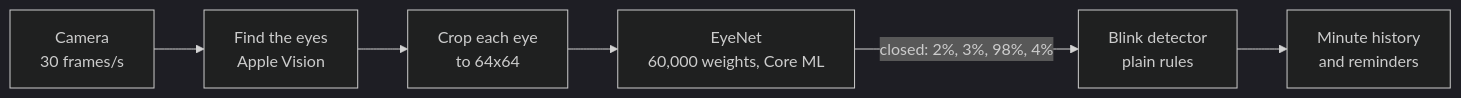
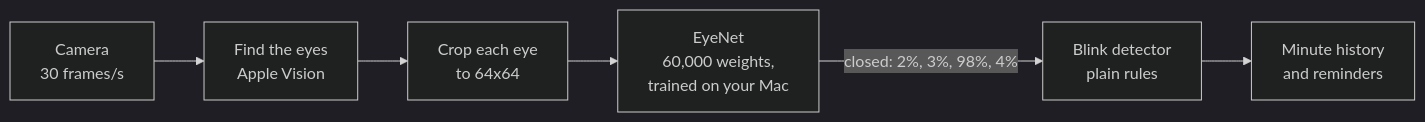
One commit to MattDupp/Blink changed the diagram in README.md. Above: the diagram before and after it, drawn with Mermaid (dark theme). The commit also changed other lines of this file and 16 other files, not shown here.

````diff
--- a/README.md
+++ b/README.md
@@ -91,8 +101,8 @@
 ```mermaid
 flowchart LR
     A[Camera<br>30 frames/s] --> B[Find the eyes<br>Apple Vision]
     B --> C[Crop each eye<br>to 64x64]
-    C --> D[EyeNet<br>60,000 weights, Core ML]
+    C --> D[EyeNet<br>60,000 weights,<br>trained on your Mac]
     D -->|"closed: 2%, 3%, 98%, 4%"| E[Blink detector<br>plain rules]
     E --> F[Minute history<br>and reminders]
 ```
````
